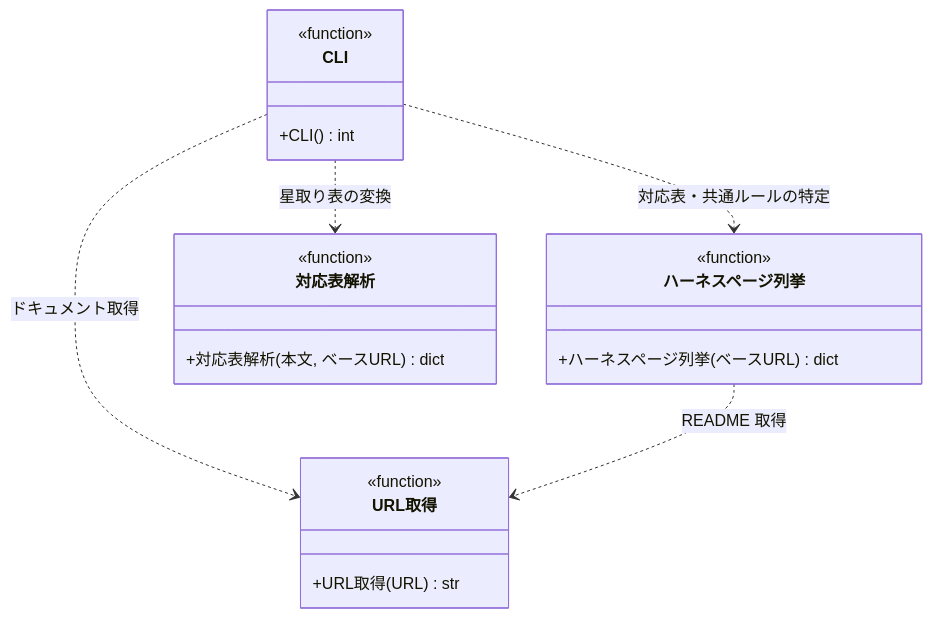
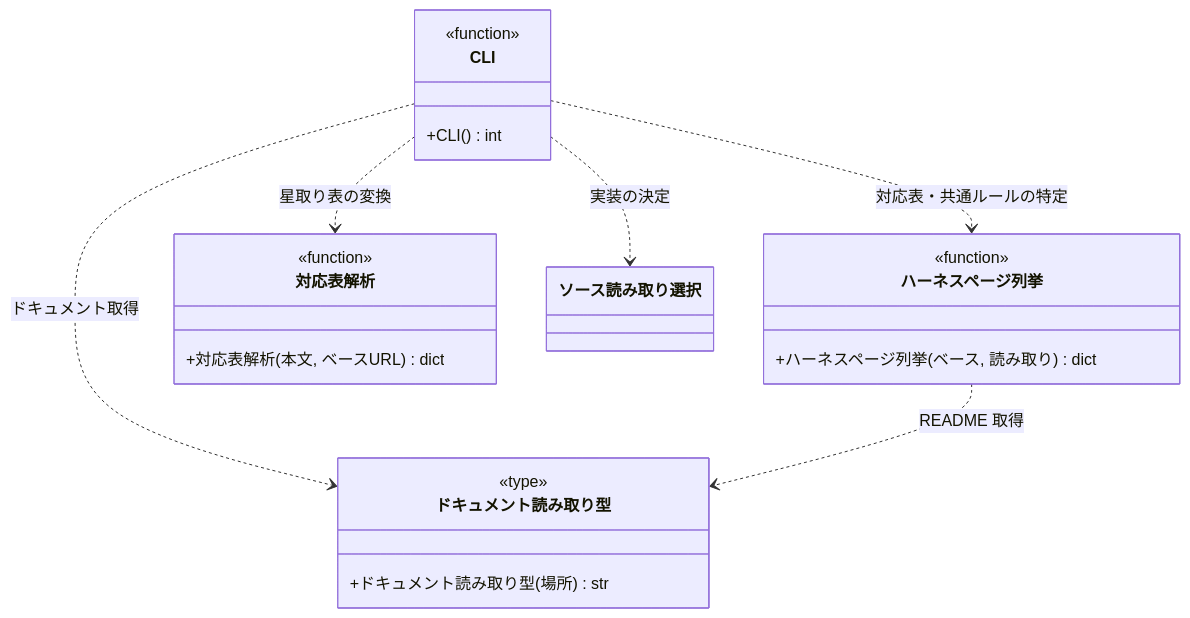
One commit to shuhei1101/ai-monitor changed the diagram in docs/wiki/設計図/モジュール構成/注入/エージェントドキュメント.py.md. Above: the diagram before and after it, drawn with Mermaid. The commit also changed other lines of this file and 18 other files, not shown here.

````diff
--- a/docs/wiki/設計図/モジュール構成/注入/エージェントドキュメント.py.md
+++ b/docs/wiki/設計図/モジュール構成/注入/エージェントドキュメント.py.md
@@ -29,29 +29,31 @@
 ```mermaid
 classDiagram
   CLI ..> ハーネスページ列挙 : 対応表・共通ルールの特定
   CLI ..> 対応表解析 : 星取り表の変換
-  CLI ..> URL取得 : ドキュメント取得
-  ハーネスページ列挙 ..> URL取得 : README 取得
+  CLI ..> ソース読み取り選択 : 実装の決定
+  CLI ..> ドキュメント読み取り型 : ドキュメント取得
+  ハーネスページ列挙 ..> ドキュメント読み取り型 : README 取得
 
   class CLI {
     <<function>>
     +CLI() int
   }
   class ハーネスページ列挙 {
     <<function>>
-    +ハーネスページ列挙(ベースURL) dict
+    +ハーネスページ列挙(ベース, 読み取り) dict
   }
   class 対応表解析 {
     <<function>>
     +対応表解析(本文, ベースURL) dict
   }
-  class URL取得 {
-    <<function>>
-    +URL取得(URL) str
+  class ドキュメント読み取り型 {
+    <<type>>
+    +ドキュメント読み取り型(場所) str
   }
 
   click CLI href "#cli"
   click ハーネスページ列挙 href "#ハーネスページ列挙"
   click 対応表解析 href "#対応表解析"
-  click URL取得 href "./URLドキュメント.md#url-取得"
+  click ドキュメント読み取り型 href "./URLドキュメント.py.md#ドキュメント読み取り型"
+  click ソース読み取り選択 href "./URLドキュメント.py.md#ソース読み取り選択"
 ```
````
